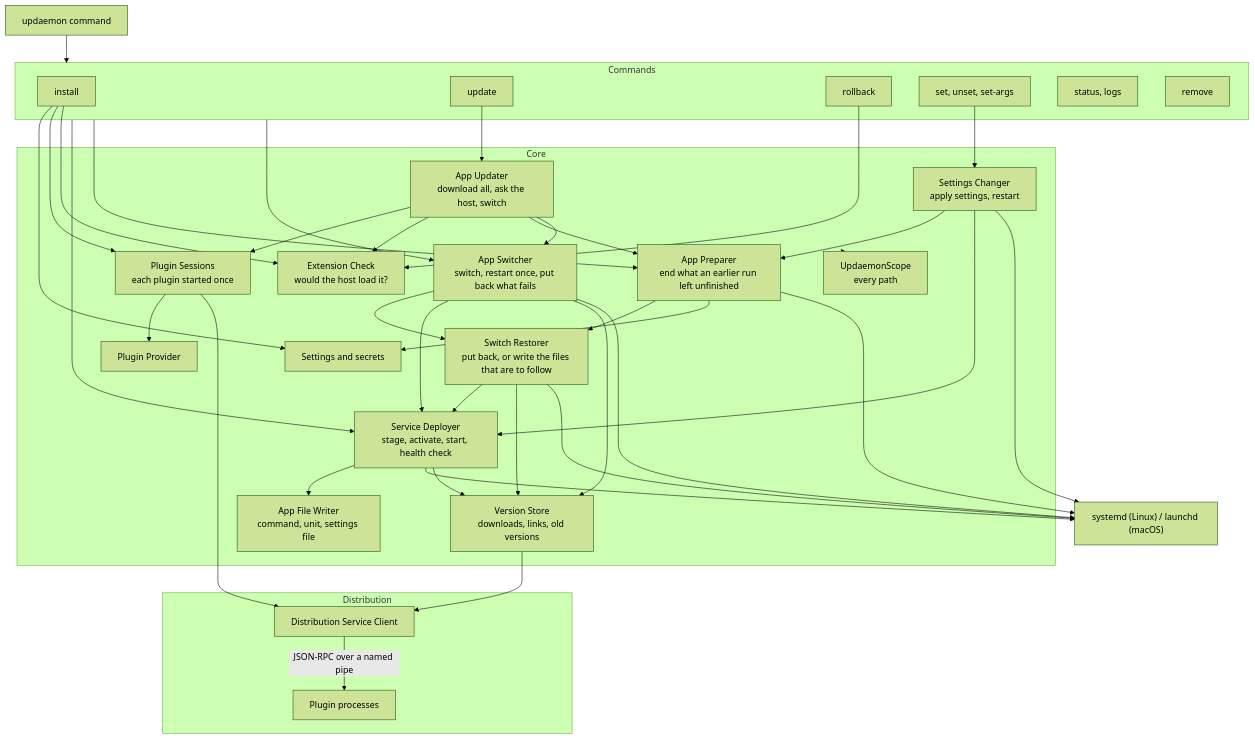
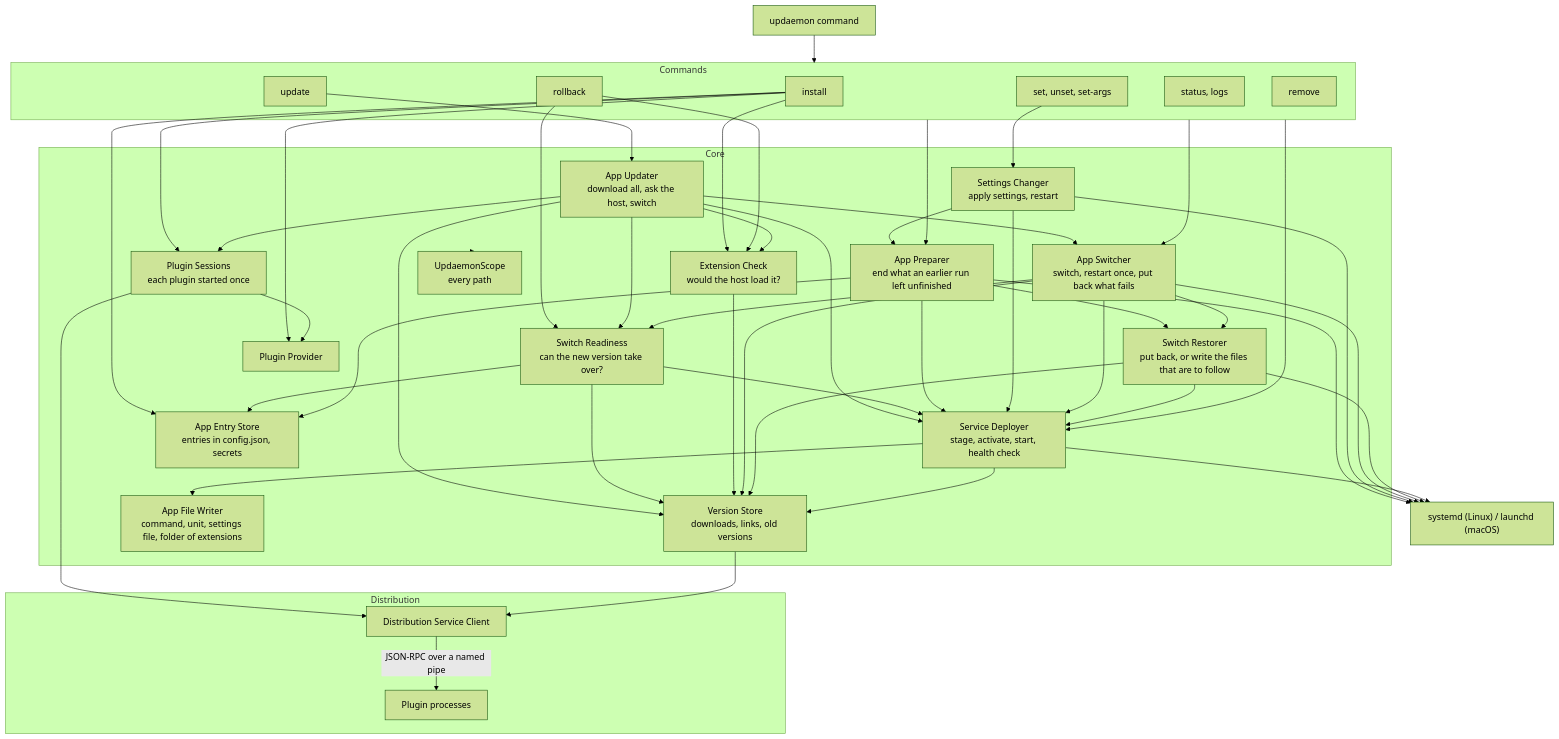
The first of 5 diagrams in README.md (AdamTovatt/updaemon), drawn with Mermaid (forest theme) before and after one commit. The commit also changed other lines of this file and 57 other files, not shown here.

````diff
--- a/README.md
+++ b/README.md
@@ -568,71 +570,82 @@
 ```mermaid
 graph TB
     CLI[updaemon command] --> Commands
 
     subgraph Commands
         Install[install]
         Update[update]
         Rollback[rollback]
         Settings[set, unset, set-args]
         Read[status, logs]
         Remove[remove]
     end
 
     subgraph Core
         Updater["App Updater<br/>download all, ask the host, switch"]
         Preparer["App Preparer<br/>end what an earlier run left unfinished"]
+        Readiness["Switch Readiness<br/>can the new version take over?"]
         Switcher["App Switcher<br/>switch, restart once, put back what fails"]
         Changer["Settings Changer<br/>apply settings, restart"]
         Restorer["Switch Restorer<br/>put back, or write the files that are to follow"]
         Check["Extension Check<br/>would the host load it?"]
         Deployer["Service Deployer<br/>stage, activate, start, health check"]
         Versions["Version Store<br/>downloads, links, old versions"]
-        Files["App File Writer<br/>command, unit, settings file"]
-        SettingsStore[Settings and secrets]
+        Files["App File Writer<br/>command, unit, settings file, folder of extensions"]
+        EntryStore["App Entry Store<br/>entries in config.json, secrets"]
         Sessions["Plugin Sessions<br/>each plugin started once"]
         PluginProvider[Plugin Provider]
         Scope["UpdaemonScope<br/>every path"]
     end
 
     subgraph Distribution
         DistClient[Distribution Service Client]
         Plugins[Plugin processes]
     end
 
     Manager["systemd (Linux) / launchd (macOS)"]
 
     Commands --> Deployer
-    Install --> SettingsStore
+    Install --> EntryStore
+    Install --> PluginProvider
     Settings --> Changer
     Commands --> Preparer
     Commands --> Switcher
     Install --> Sessions
     Install --> Check
     Rollback --> Check
+    Rollback --> Readiness
     Update --> Updater
     Updater --> Sessions
     Updater --> Check
-    Updater --> Preparer
+    Updater --> Readiness
     Updater --> Switcher
+    Updater --> Deployer
+    Updater --> Versions
+    Readiness --> Deployer
+    Readiness --> Versions
+    Readiness --> EntryStore
+    Check --> Versions
     Preparer --> Restorer
-    Preparer --> SettingsStore
+    Preparer --> EntryStore
+    Preparer --> Deployer
     Preparer --> Manager
     Changer --> Preparer
     Changer --> Deployer
     Changer --> Manager
+    Switcher --> Readiness
     Switcher --> Restorer
     Switcher --> Deployer
     Switcher --> Versions
     Switcher --> Manager
     Restorer --> Deployer
     Restorer --> Versions
     Restorer --> Manager
     Sessions --> PluginProvider
     Sessions --> DistClient
     Deployer --> Files
     Deployer --> Manager
     Deployer --> Versions
     Versions --> DistClient
     DistClient -->|JSON-RPC over a named pipe| Plugins
     Core -.-> Scope
 ```
````
